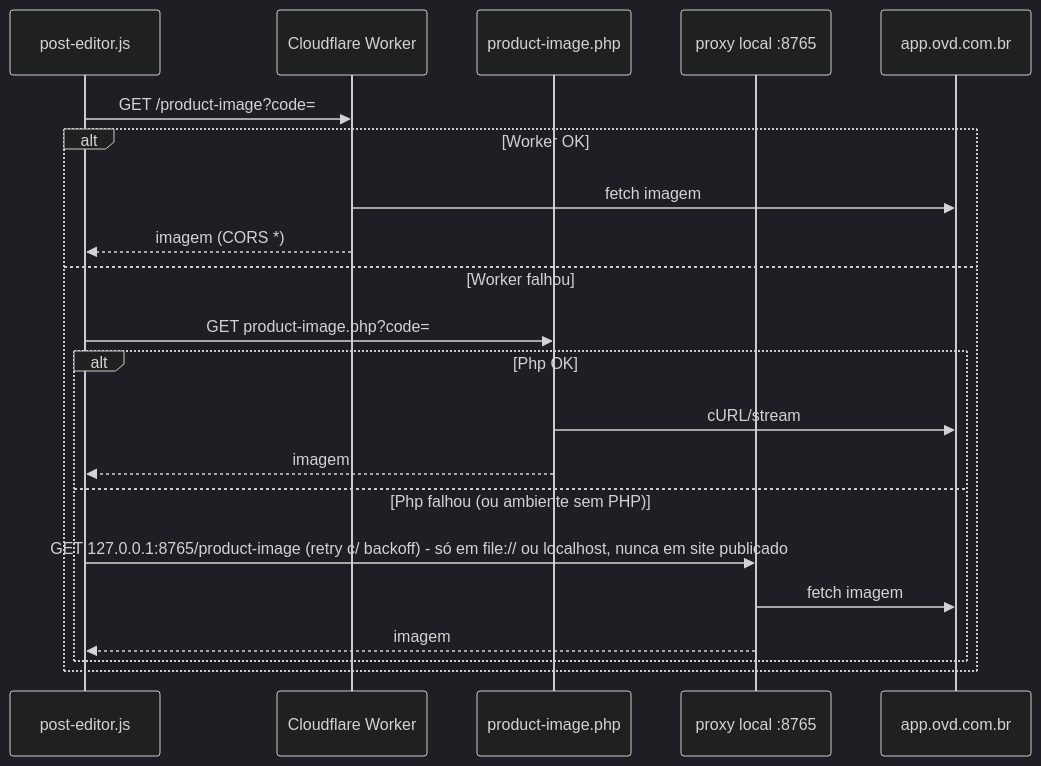
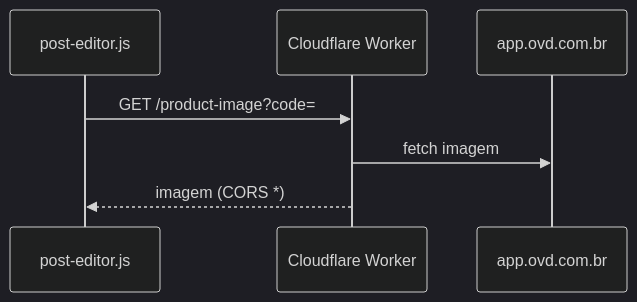
Before and after one commit to vonderferramentas-coder/portalmktovd: the fourth of 5 diagrams in docs/CODEBASE_MAP.md, drawn with Mermaid (dark theme). The commit also changed other lines of this file and 11 other files, not shown here.

````diff
--- a/docs/CODEBASE_MAP.md
+++ b/docs/CODEBASE_MAP.md
@@ -292,24 +286,10 @@
 ```mermaid
 sequenceDiagram
     participant Editor as post-editor.js
     participant Worker as Cloudflare Worker
-    participant Php as product-image.php
-    participant Local as proxy local :8765
     participant Ovd as app.ovd.com.br
 
     Editor->>Worker: GET /product-image?code=
-    alt Worker OK
-        Worker->>Ovd: fetch imagem
-        Worker-->>Editor: imagem (CORS *)
-    else Worker falhou
-        Editor->>Php: GET product-image.php?code=
-        alt Php OK
-            Php->>Ovd: cURL/stream
-            Php-->>Editor: imagem
-        else Php falhou (ou ambiente sem PHP)
-            Editor->>Local: GET 127.0.0.1:8765/product-image (retry c/ backoff) - só em file:// ou localhost, nunca em site publicado
-            Local->>Ovd: fetch imagem
-            Local-->>Editor: imagem
-        end
-    end
+    Worker->>Ovd: fetch imagem
+    Worker-->>Editor: imagem (CORS *)
 ```
````
